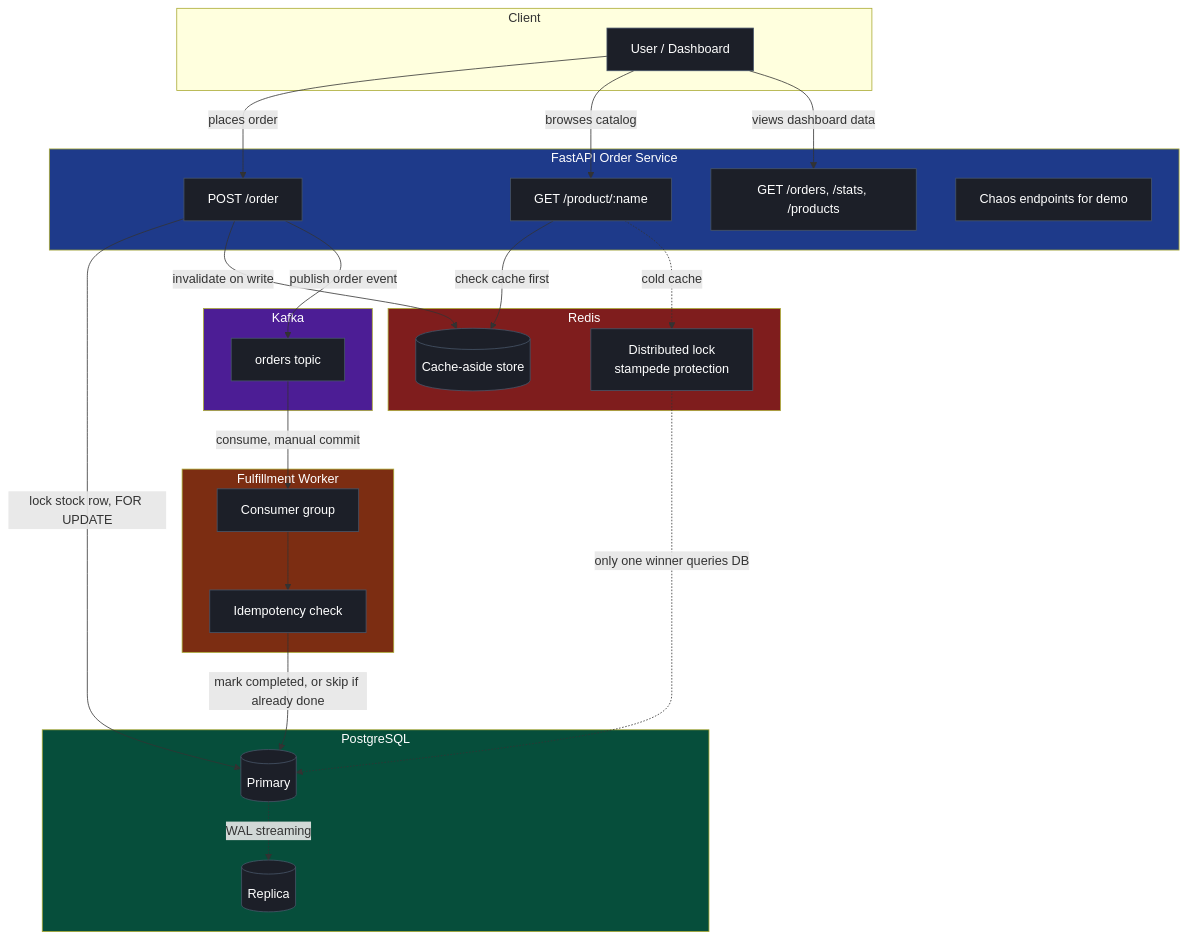
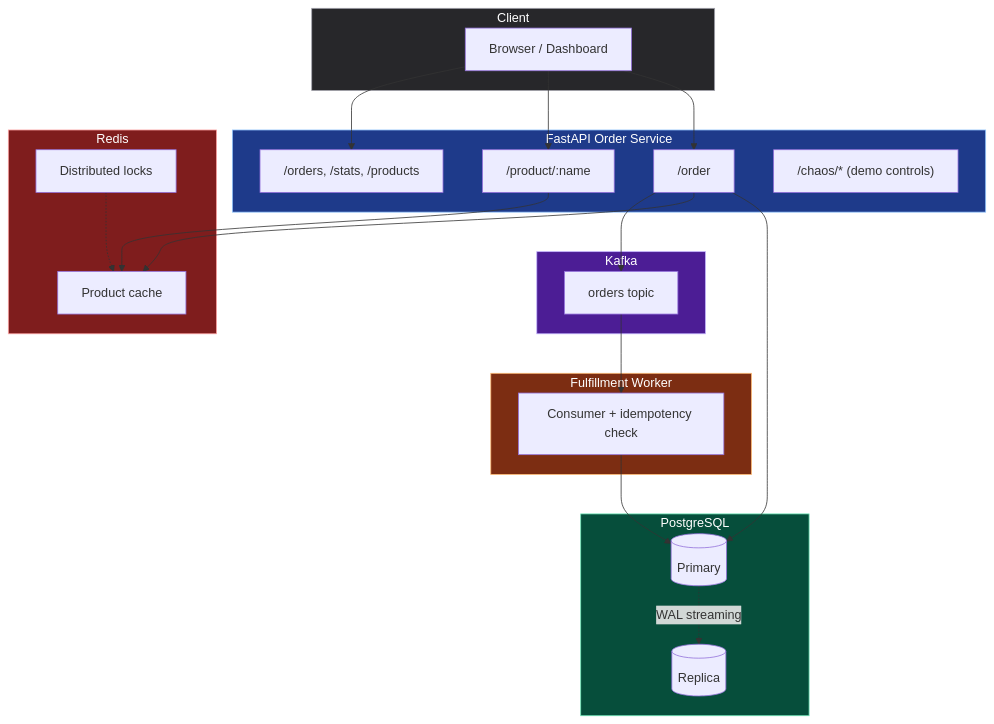
The fourth of 4 diagrams in README.md (Arjunpaan/FORGE), drawn with Mermaid before and after one commit. The commit also changed other lines of this file, not shown here.

Commit message:
Rewrite README with full architecture breakdown, engineering rationale, and verified results

````diff
--- a/README.md
+++ b/README.md
@@ -38,71 +127,50 @@
 ```mermaid
-graph TD
-    subgraph Client
-        U[User / Dashboard]
+flowchart TD
+    subgraph client["Client"]
+        U["Browser / Dashboard"]
     end
 
-    subgraph API["FastAPI Order Service"]
-        A1[POST /order]
-        A2[GET /product/:name]
-        A3[GET /orders, /stats, /products]
-        A4[Chaos endpoints for demo]
+    subgraph api["FastAPI Order Service"]
+        A1["/order"]
+        A2["/product/:name"]
+        A3["/orders, /stats, /products"]
+        A4["/chaos/* (demo controls)"]
     end
 
-    subgraph Cache["Redis"]
-        R1[(Cache-aside store)]
-        R2[Distributed lock<br/>stampede protection]
+    subgraph cache["Redis"]
+        R1["Product cache"]
+        R2["Distributed locks"]
     end
 
-    subgraph DB["PostgreSQL"]
-        P1[(Primary)]
-        P2[(Replica)]
+    subgraph db["PostgreSQL"]
+        P1[("Primary")]
+        P2[("Replica")]
     end
 
-    subgraph Stream["Kafka"]
-        K1[orders topic]
+    subgraph stream["Kafka"]
+        K1["orders topic"]
     end
 
-    subgraph Worker["Fulfillment Worker"]
-        W1[Consumer group]
-        W2[Idempotency check]
+    subgraph worker["Fulfillment Worker"]
+        W1["Consumer + idempotency check"]
     end
 
-    U -->|places order| A1
-    U -->|browses catalog| A2
-    U -->|views dashboard data| A3
-
-    A1 -->|lock stock row, FOR UPDATE| P1
-    A1 -->|invalidate on write| R1
-    A1 -->|publish order event| K1
-
-    A2 -->|check cache first| R1
-    A2 -.cold cache.-> R2
-    R2 -.only one winner queries DB.-> P1
-
+    U --> A1
+    U --> A2
+    U --> A3
+    A1 --> P1
+    A1 --> R1
+    A1 --> K1
+    A2 --> R1
+    R2 -.-> R1
+    K1 --> W1
+    W1 --> P1
     P1 -.WAL streaming.-> P2
 
-    K1 -->|consume, manual commit| W1
-    W1 --> W2
-    W2 -->|mark completed, or skip if already done| P1
-
-    style API fill:#1e3a8a,color:#ffffff
-    style Cache fill:#7f1d1d,color:#ffffff
-    style DB fill:#064e3b,color:#ffffff
-    style Stream fill:#4c1d95,color:#ffffff
-    style Worker fill:#7c2d12,color:#ffffff
-
-    style U fill:#1c1f28,color:#ffffff,stroke:#475569
-    style A1 fill:#1c1f28,color:#ffffff,stroke:#475569
-    style A2 fill:#1c1f28,color:#ffffff,stroke:#475569
-    style A3 fill:#1c1f28,color:#ffffff,stroke:#475569
-    style A4 fill:#1c1f28,color:#ffffff,stroke:#475569
-    style R1 fill:#1c1f28,color:#ffffff,stroke:#475569
-    style R2 fill:#1c1f28,color:#ffffff,stroke:#475569
-    style P1 fill:#1c1f28,color:#ffffff,stroke:#475569
-    style P2 fill:#1c1f28,color:#ffffff,stroke:#475569
-    style K1 fill:#1c1f28,color:#ffffff,stroke:#475569
-    style W1 fill:#1c1f28,color:#ffffff,stroke:#475569
-    style W2 fill:#1c1f28,color:#ffffff,stroke:#475569
-
-
+    style api fill:#1e3a8a,color:#fff,stroke:#93c5fd
+    style cache fill:#7f1d1d,color:#fff,stroke:#fca5a5
+    style db fill:#064e3b,color:#fff,stroke:#6ee7b7
+    style stream fill:#4c1d95,color:#fff,stroke:#c4b5fd
+    style worker fill:#7c2d12,color:#fff,stroke:#fdba74
+    style client fill:#27272a,color:#fff,stroke:#a1a1aa
 ```
````
